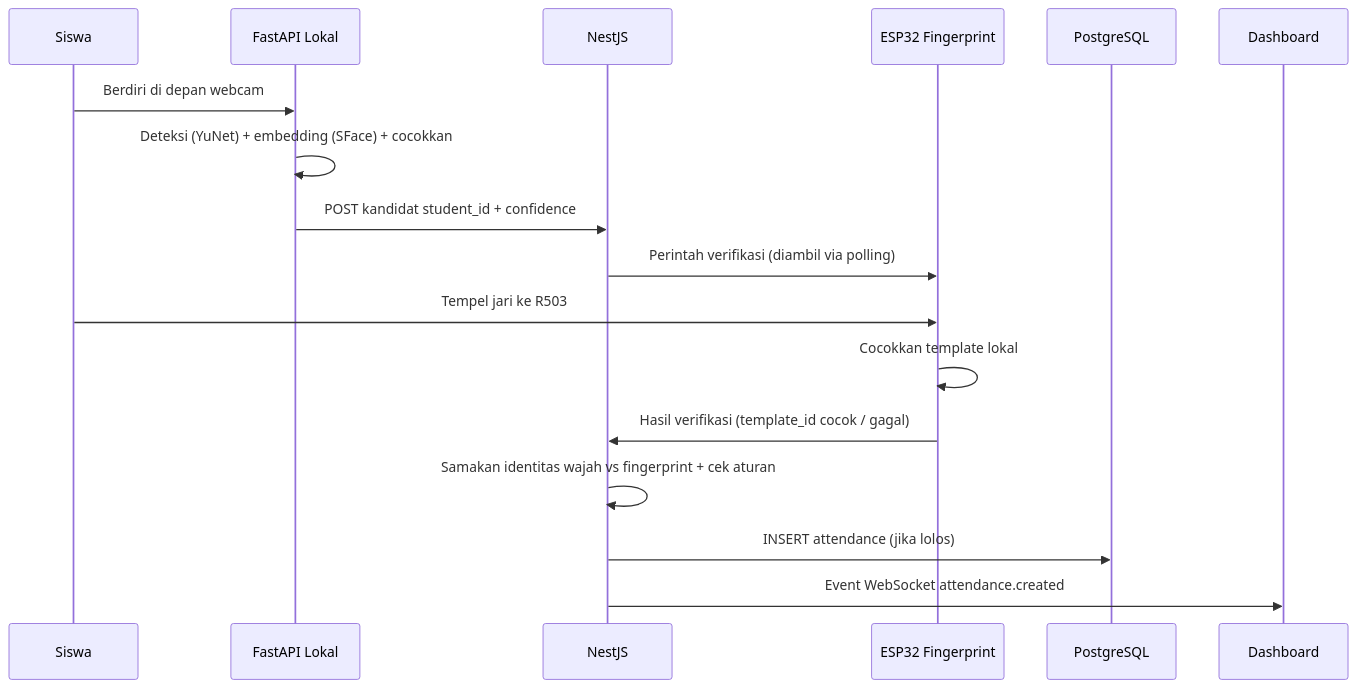
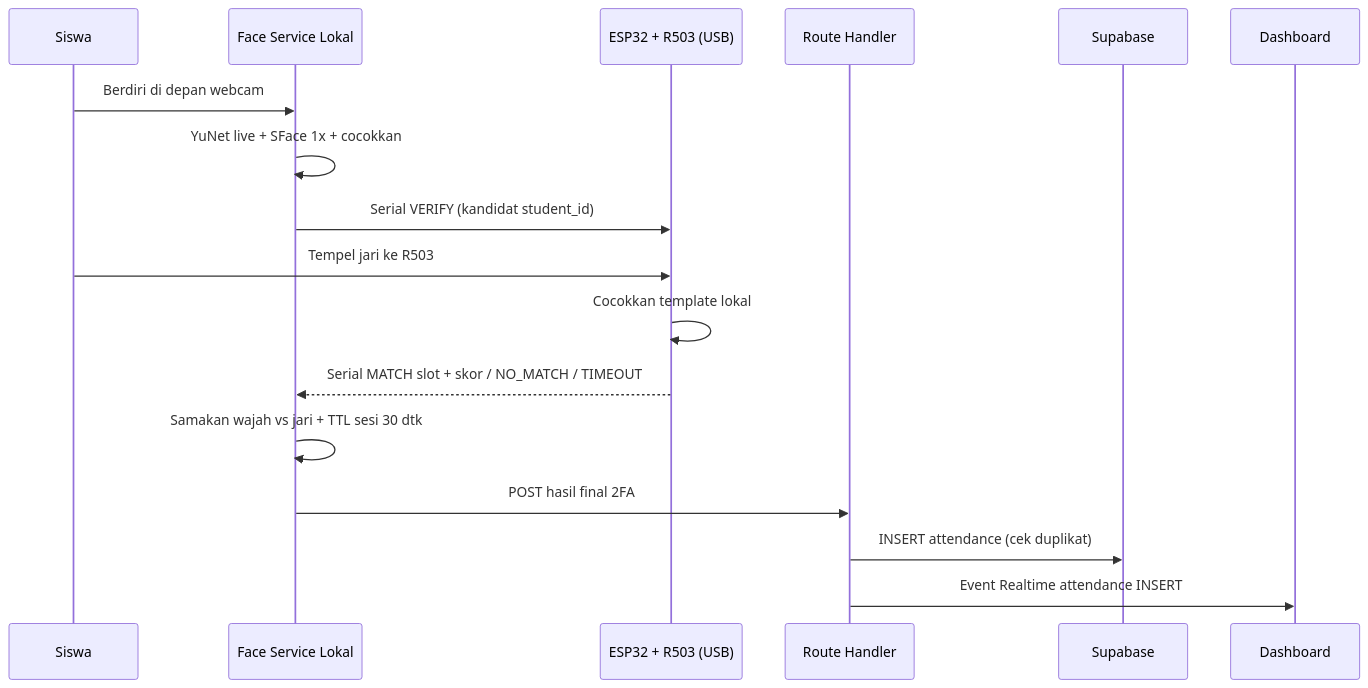
The second of 2 diagrams in ObsidianAllProgramSK/docs/architecture.md (DandiKurnia/ProyekSK), drawn with Mermaid before and after one commit. The commit also changed other lines of this file and 18 other files, not shown here.

Commit message:
docs(arch): adopt Next.js + Supabase + USB serial topology and record daily log

````diff
--- a/ObsidianAllProgramSK/docs/architecture.md
+++ b/ObsidianAllProgramSK/docs/architecture.md
@@ -65,19 +73,19 @@
 ```mermaid
 sequenceDiagram
     participant S as Siswa
-    participant F as FastAPI Lokal
-    participant B as NestJS
-    participant E as ESP32 Fingerprint
-    participant D as PostgreSQL
+    participant F as Face Service Lokal
+    participant E as ESP32 + R503 (USB)
+    participant B as Route Handler
+    participant D as Supabase
     participant W as Dashboard
     S->>F: Berdiri di depan webcam
-    F->>F: Deteksi (YuNet) + embedding (SFace) + cocokkan
-    F->>B: POST kandidat student_id + confidence
-    B->>E: Perintah verifikasi (diambil via polling)
+    F->>F: YuNet live + SFace 1x + cocokkan
+    F->>E: Serial VERIFY (kandidat student_id)
     S->>E: Tempel jari ke R503
     E->>E: Cocokkan template lokal
-    E->>B: Hasil verifikasi (template_id cocok / gagal)
-    B->>B: Samakan identitas wajah vs fingerprint + cek aturan
-    B->>D: INSERT attendance (jika lolos)
-    B->>W: Event WebSocket attendance.created
+    E-->>F: Serial MATCH slot + skor / NO_MATCH / TIMEOUT
+    F->>F: Samakan wajah vs jari + TTL sesi 30 dtk
+    F->>B: POST hasil final 2FA
+    B->>D: INSERT attendance (cek duplikat)
+    B->>W: Event Realtime attendance INSERT
 ```
````
